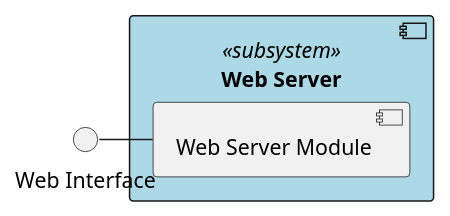
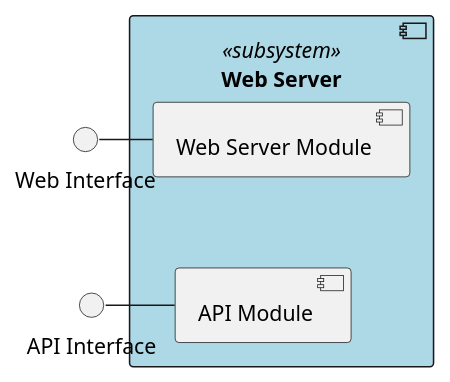
The diagram in _DD/Images/componentDiagrams/componentDiagramWebServer.wsd (Angelo7672/SE2_Requirement-and-Design-Document), drawn with PlantUML before and after one commit. The commit also changed 4 other files, not shown here.

Commit message:
update 2.2.2, 2.5 and first draw of ER

```diff
--- a/_DD/Images/componentDiagrams/componentDiagramWebServer.wsd
+++ b/_DD/Images/componentDiagrams/componentDiagramWebServer.wsd
@@ -1,9 +1,13 @@
 @startuml
 
 component "Web Server" <<subsystem>> #LightBlue{
     component "Web Server Module"
+    component "API Module"
 }
 interface "Web Interface"
+interface "API Interface"
 [Web Interface] - [Web Server Module]
+[API Module] -left- [API Interface]
+[Web Server Module] -[hidden]- [API Module]
 
 @enduml
```
